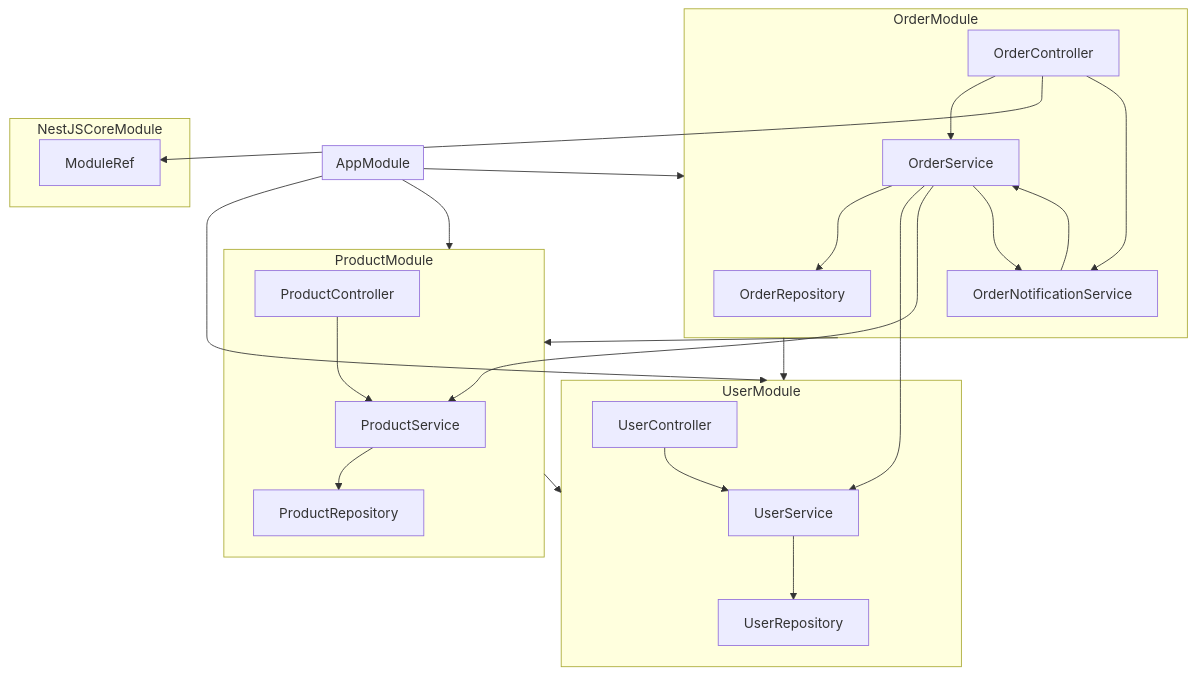
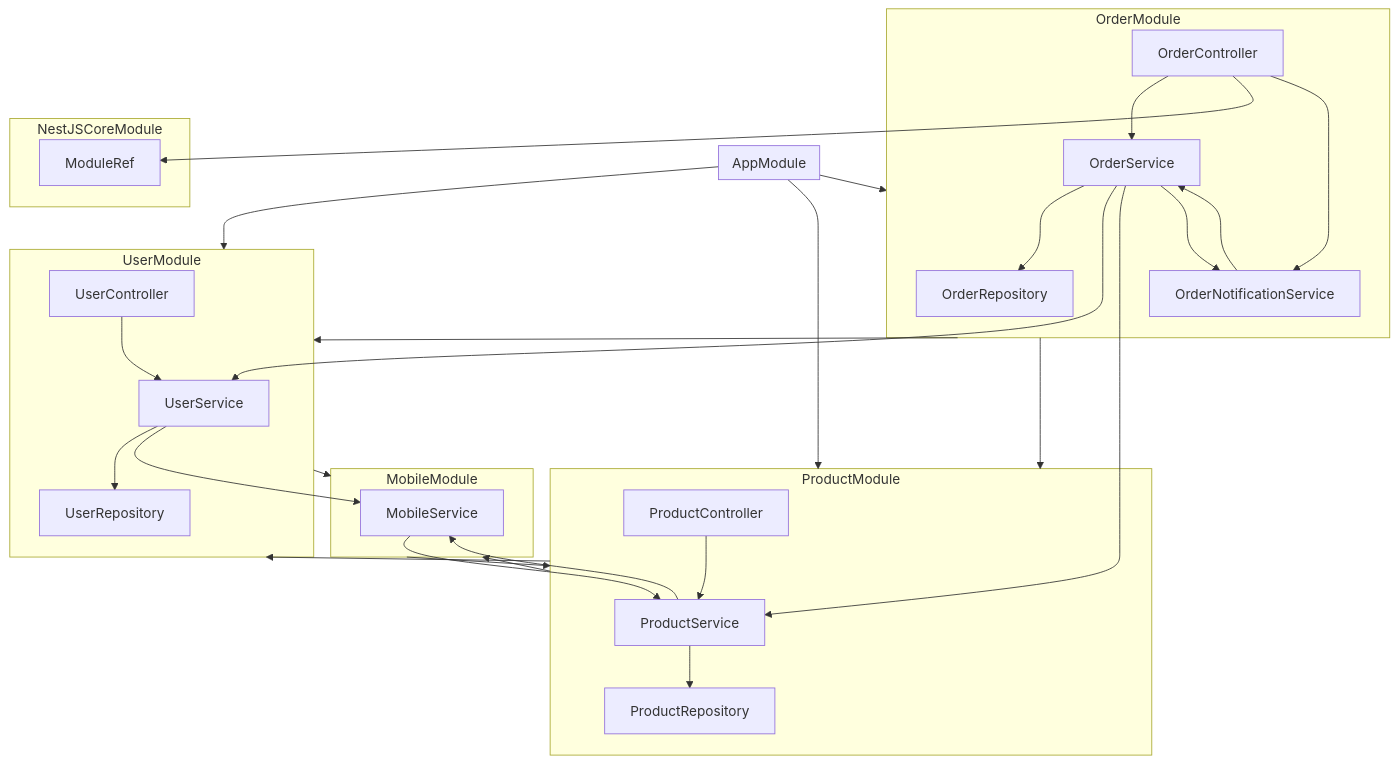
One commit to albasyir/nest-graph-inspector changed the diagram in site/public/mock-graph/output.md. Above: the diagram before and after it, drawn with Mermaid. The commit also changed other lines of this file and 10 other files, not shown here.

Commit message:
feat: define circular on provider and module on markdown

````diff
--- a/site/public/mock-graph/output.md
+++ b/site/public/mock-graph/output.md
@@ -3,43 +3,52 @@
 ```mermaid
 graph TD
 
   subgraph module_group_AppModule["AppModule"]
   end
   subgraph module_group_UserModule["UserModule"]
     provider_UserModule_UserService["UserService"]
     provider_UserModule_UserRepository["UserRepository"]
     controller_UserModule_UserController["UserController"]
+  end
+  subgraph module_group_MobileModule["MobileModule"]
+    provider_MobileModule_MobileService["MobileService"]
   end
   subgraph module_group_ProductModule["ProductModule"]
     provider_ProductModule_ProductService["ProductService"]
     provider_ProductModule_ProductRepository["ProductRepository"]
     controller_ProductModule_ProductController["ProductController"]
   end
   subgraph module_group_OrderModule["OrderModule"]
     provider_OrderModule_OrderRepository["OrderRepository"]
     provider_OrderModule_OrderService["OrderService"]
     provider_OrderModule_OrderNotificationService["OrderNotificationService"]
     controller_OrderModule_OrderController["OrderController"]
   end
   subgraph module_group_NestJSCoreModule["NestJSCoreModule"]
     provider_NestJSCoreModule_ModuleRef["ModuleRef"]
   end
   module_group_AppModule --> module_group_UserModule
   module_group_AppModule --> module_group_ProductModule
   module_group_AppModule --> module_group_OrderModule
+  module_group_UserModule --> module_group_MobileModule
   provider_UserModule_UserService --> provider_UserModule_UserRepository
+  provider_UserModule_UserService --> provider_MobileModule_MobileService
   controller_UserModule_UserController --> provider_UserModule_UserService
+  module_group_MobileModule --> module_group_ProductModule
+  provider_MobileModule_MobileService --> provider_ProductModule_ProductService
   module_group_ProductModule --> module_group_UserModule
+  module_group_ProductModule --> module_group_MobileModule
   provider_ProductModule_ProductService --> provider_ProductModule_ProductRepository
+  provider_ProductModule_ProductService --> provider_MobileModule_MobileService
   controller_ProductModule_ProductController --> provider_ProductModule_ProductService
   module_group_OrderModule --> module_group_UserModule
   module_group_OrderModule --> module_group_ProductModule
   provider_OrderModule_OrderService --> provider_OrderModule_OrderRepository
   provider_OrderModule_OrderService --> provider_UserModule_UserService
   provider_OrderModule_OrderService --> provider_ProductModule_ProductService
   provider_OrderModule_OrderService --> provider_OrderModule_OrderNotificationService
   provider_OrderModule_OrderNotificationService --> provider_OrderModule_OrderService
   controller_OrderModule_OrderController --> provider_OrderModule_OrderService
   controller_OrderModule_OrderController --> provider_NestJSCoreModule_ModuleRef
   controller_OrderModule_OrderController --> provider_OrderModule_OrderNotificationService
 ```
````
